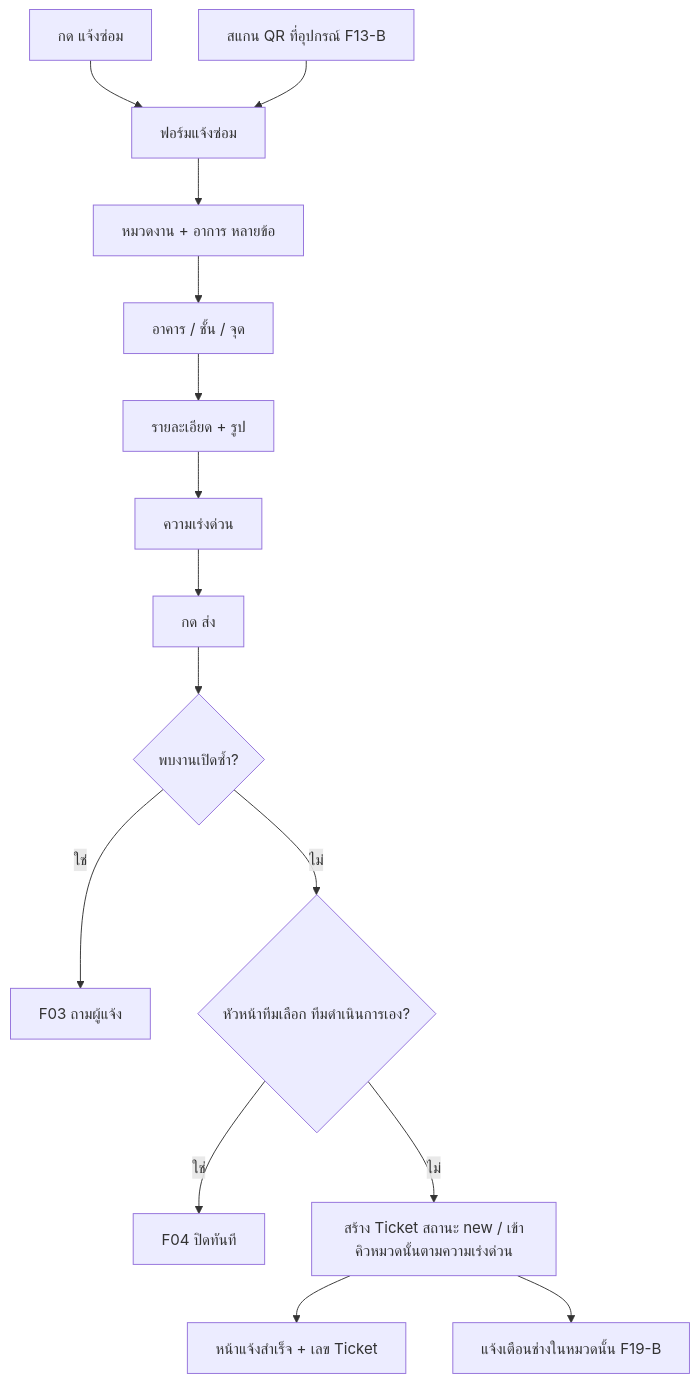
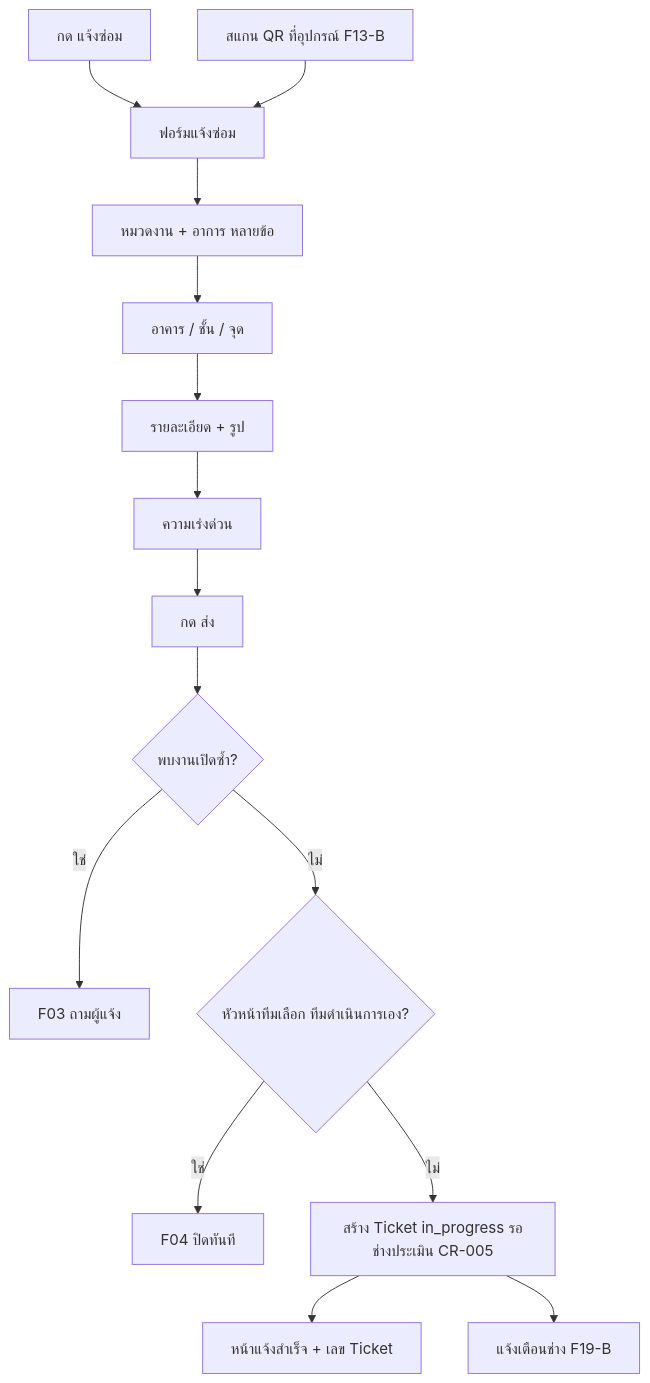
The fourth of 13 diagrams in docs/modules/repair/02-flows.md (pithawat/BAMBAM), drawn with Mermaid before and after one commit. The commit also changed other lines of this file and 160 other files, not shown here.

````diff
--- a/docs/modules/repair/02-flows.md
+++ b/docs/modules/repair/02-flows.md
@@ -117,12 +123,12 @@
 ```mermaid
 flowchart TD
   A1[กด แจ้งซ่อม] --> F[ฟอร์มแจ้งซ่อม]
   A2[สแกน QR ที่อุปกรณ์ F13-B] --> F
   F --> S1[หมวดงาน + อาการ หลายข้อ] --> S2[อาคาร / ชั้น / จุด] --> S3[รายละเอียด + รูป] --> S4[ความเร่งด่วน] --> SUB[กด ส่ง]
   SUB --> D1{พบงานเปิดซ้ำ?}
   D1 -- ใช่ --> F03[F03 ถามผู้แจ้ง]
   D1 -- ไม่ --> D2{หัวหน้าทีมเลือก ทีมดำเนินการเอง?}
   D2 -- ใช่ --> F04[F04 ปิดทันที]
-  D2 -- ไม่ --> T[สร้าง Ticket สถานะ new / เข้าคิวหมวดนั้นตามความเร่งด่วน] --> OK[หน้าแจ้งสำเร็จ + เลข Ticket]
-  T --> N[แจ้งเตือนช่างในหมวดนั้น F19-B]
+  D2 -- ไม่ --> T[สร้าง Ticket in_progress รอช่างประเมิน CR-005] --> OK[หน้าแจ้งสำเร็จ + เลข Ticket]
+  T --> N[แจ้งเตือนช่าง F19-B]
 ```
````
